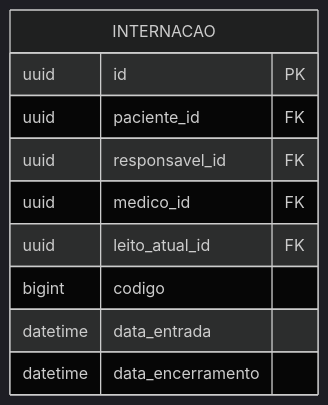
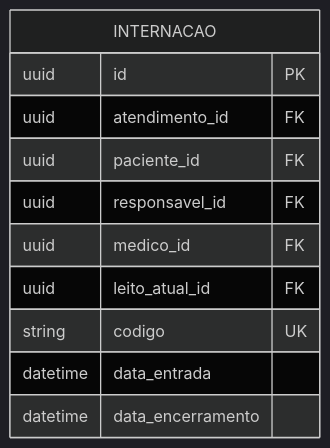
Before and after one commit to Nicolas-CustomCode/refactor-hospital-maternidade: the diagram in Módulos/Recepção/Entidades/Internação.md, drawn with Mermaid (dark theme). The commit also changed 39 other files, not shown here.

````diff
--- a/Módulos/Recepção/Entidades/Internação.md
+++ b/Módulos/Recepção/Entidades/Internação.md
@@ -3,13 +3,14 @@
 ```mermaid
 erDiagram
 INTERNACAO {
 	uuid id PK
+	uuid atendimento_id FK
 	uuid paciente_id FK
 	uuid responsavel_id FK
 	uuid medico_id FK
 	uuid leito_atual_id FK
-	bigint codigo
+	string codigo UK
 	datetime data_entrada
 	datetime data_encerramento
 }
 ```
````
